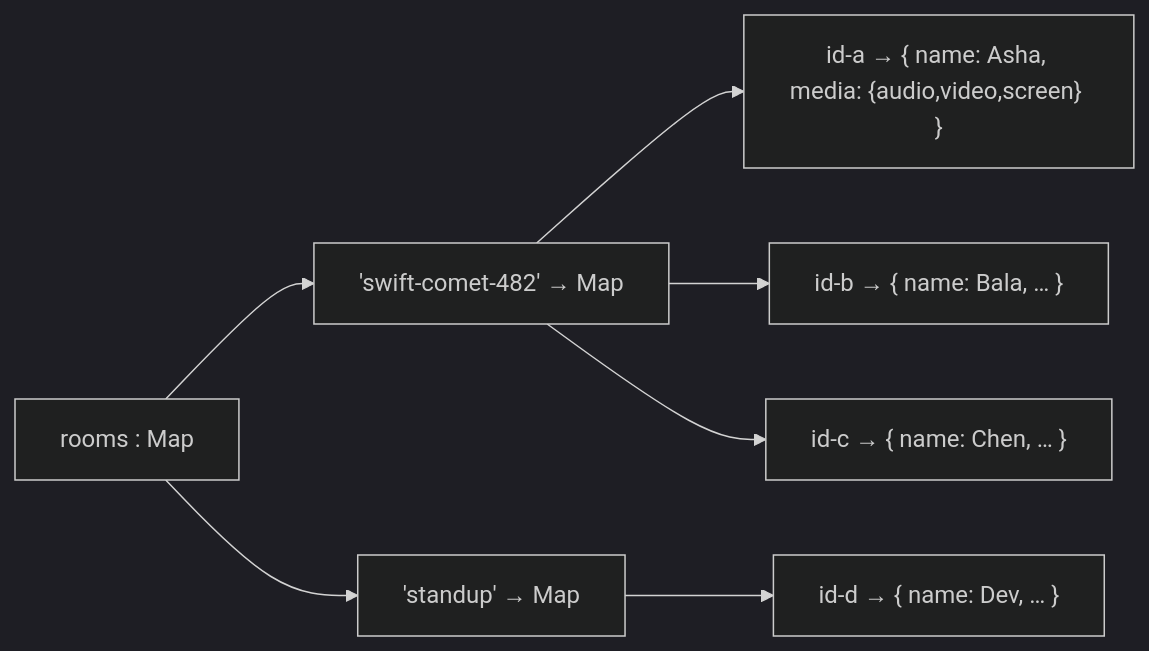
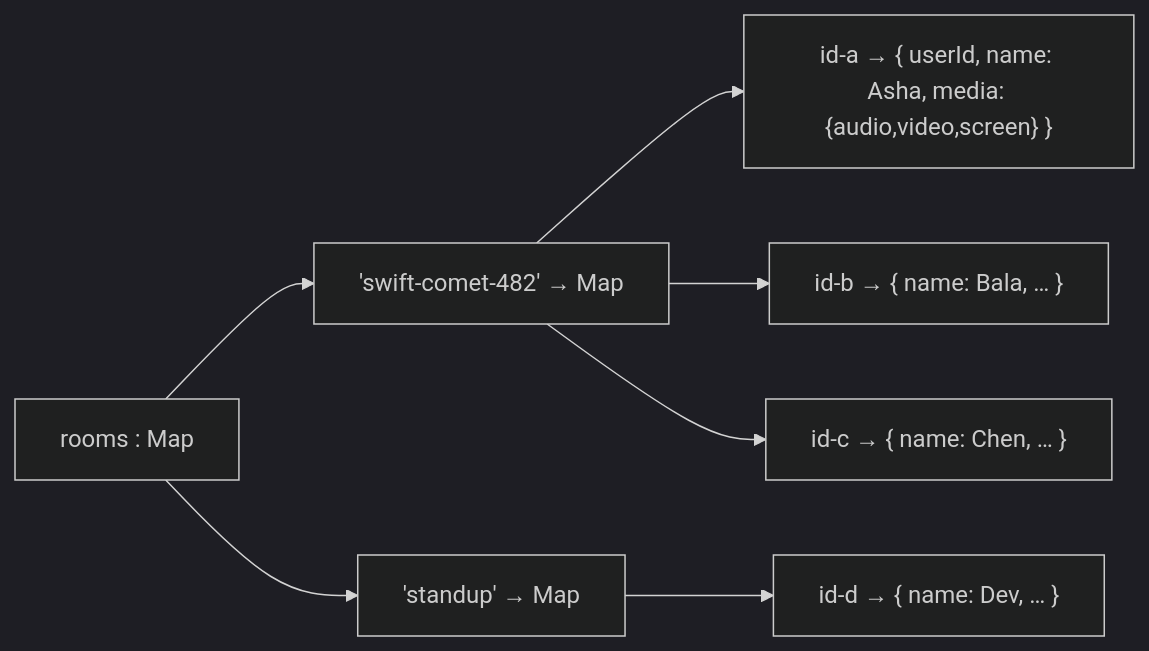
One commit to HarishVerma-UI/video-call-app changed the eighth of 8 diagrams in ARCHITECTURE.md. Above: the diagram before and after it, drawn with Mermaid (dark theme). The commit also changed other lines of this file and 47 other files, not shown here.

````diff
--- a/ARCHITECTURE.md
+++ b/ARCHITECTURE.md
@@ -220,10 +293,10 @@
 ```mermaid
 flowchart LR
   ROOMS["rooms : Map"]
   ROOMS --> R1["'swift-comet-482' → Map"]
   ROOMS --> R2["'standup' → Map"]
-  R1 --> A["id-a → { name: Asha, media: {audio,video,screen} }"]
+  R1 --> A["id-a → { userId, name: Asha, media: {audio,video,screen} }"]
   R1 --> B["id-b → { name: Bala, … }"]
   R1 --> C["id-c → { name: Chen, … }"]
   R2 --> D["id-d → { name: Dev, … }"]
 ```
````
